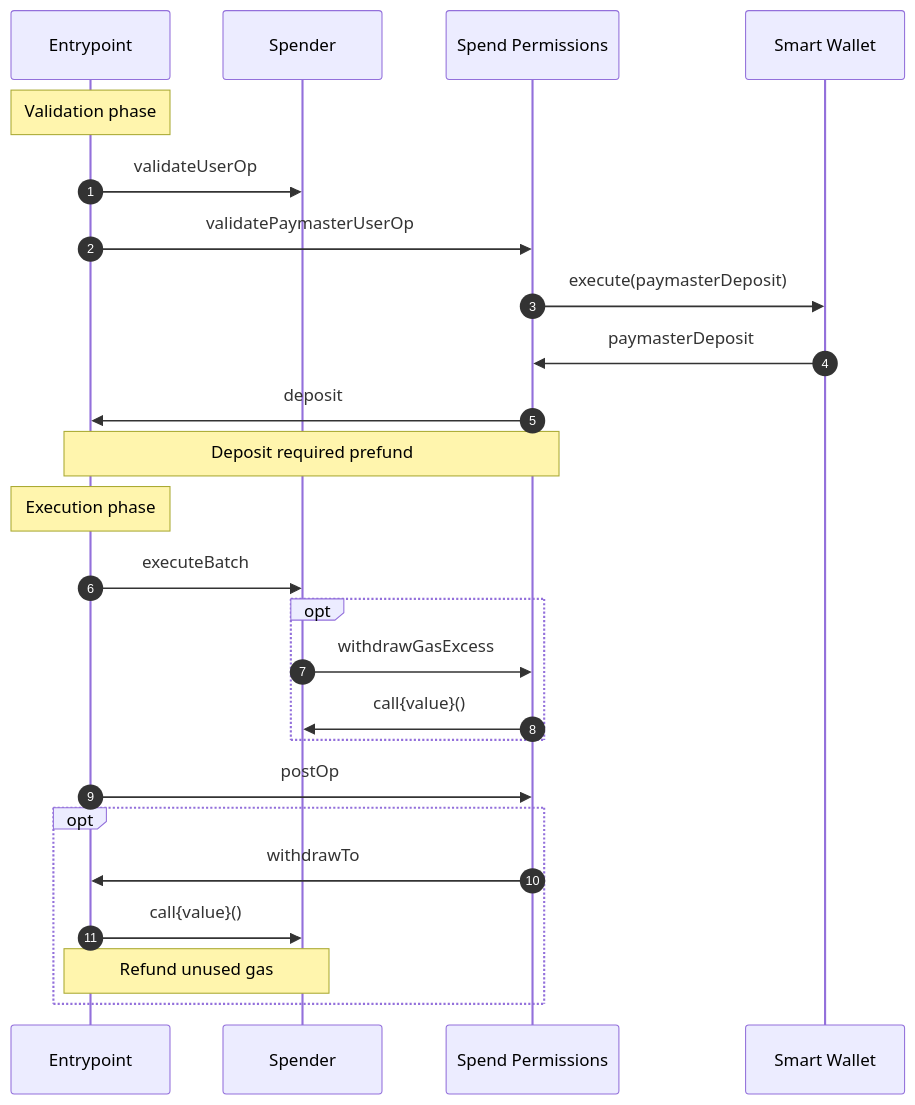
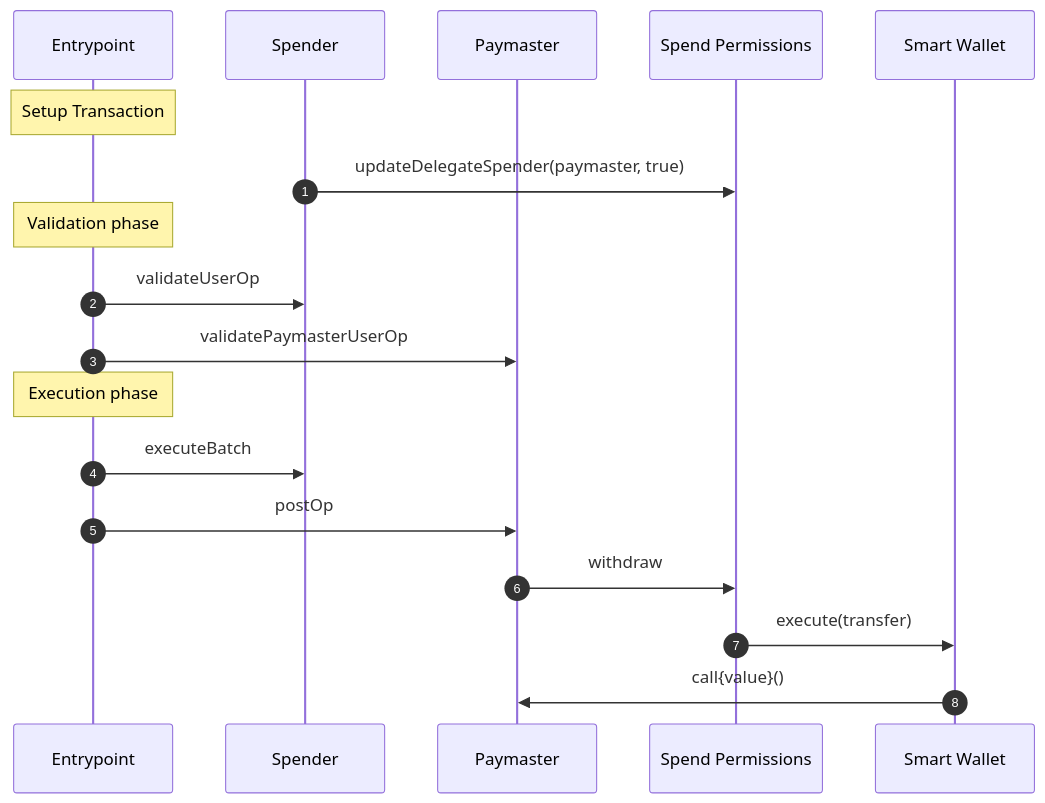
One commit to coinbase/smart-wallet-permissions changed the diagram in docs/diagrams/onchain/paymaster.md. Above: the diagram before and after it, drawn with Mermaid. The commit also changed other lines of this file, not shown here.

Commit message:
Update paymaster diagram

````diff
--- a/docs/diagrams/onchain/paymaster.md
+++ b/docs/diagrams/onchain/paymaster.md
@@ -5,28 +5,21 @@
 ```mermaid
 sequenceDiagram
     autonumber
     participant E as Entrypoint
     participant S as Spender
+    participant P as Paymaster
     participant SP as Spend Permissions
     participant U as Smart Wallet
 
+    Note over E: Setup Transaction
+    S->>SP: updateDelegateSpender(paymaster, true)
     Note over E: Validation phase
     E->>S: validateUserOp
-    E->>SP: validatePaymasterUserOp
-    SP->>U: execute(paymasterDeposit)
-    U->>SP: paymasterDeposit
-    SP->>E: deposit
-    Note over SP,E: Deposit required prefund
+    E->>P: validatePaymasterUserOp
     Note over E: Execution phase
     E->>S: executeBatch
-    opt
-        S->>SP: withdrawGasExcess
-        SP->>S: call{value}()
-    end
-    E->>SP: postOp
-    opt
-        SP->>E: withdrawTo
-        E->>S: call{value}()
-        Note over E,S: Refund unused gas
-    end
+    E->>P: postOp
+    P->>SP: withdraw
+    SP->>U: execute(transfer)
+    U->>P: call{value}()
 ```
````
